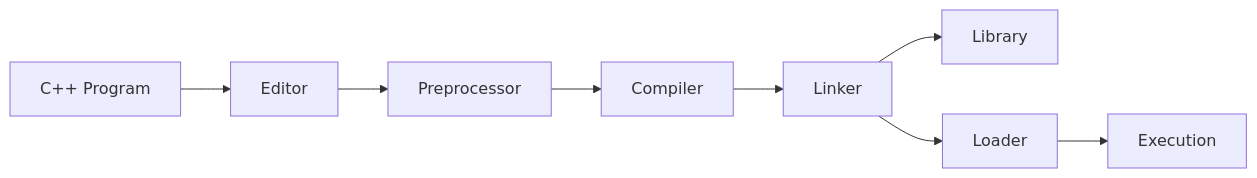
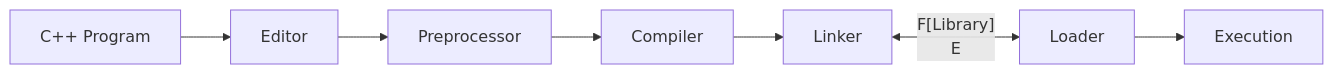
The first of 2 diagrams in 02_chapter-1-processing-cpp-program.md (Muhammad-Hussain456/Fundamentals_of_Programming-), drawn with Mermaid before and after one commit.

````diff
--- a/02_chapter-1-processing-cpp-program.md
+++ b/02_chapter-1-processing-cpp-program.md
@@ -52,10 +52,10 @@
 ```mermaid
 flowchart LR
     A[C++ Program] --> B[Editor]
     B --> C[Preprocessor]
     C --> D[Compiler]
     D --> E[Linker]
-    E -->  F[Library] 
+    E <-- F[Library] 
     E --> G[Loader]
     G --> I[Execution]
 ```
````
